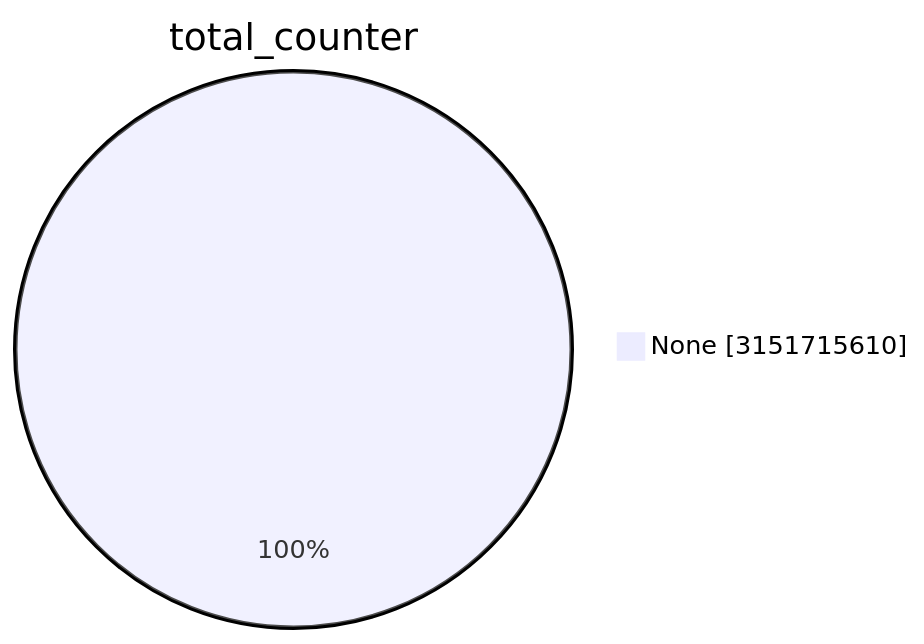
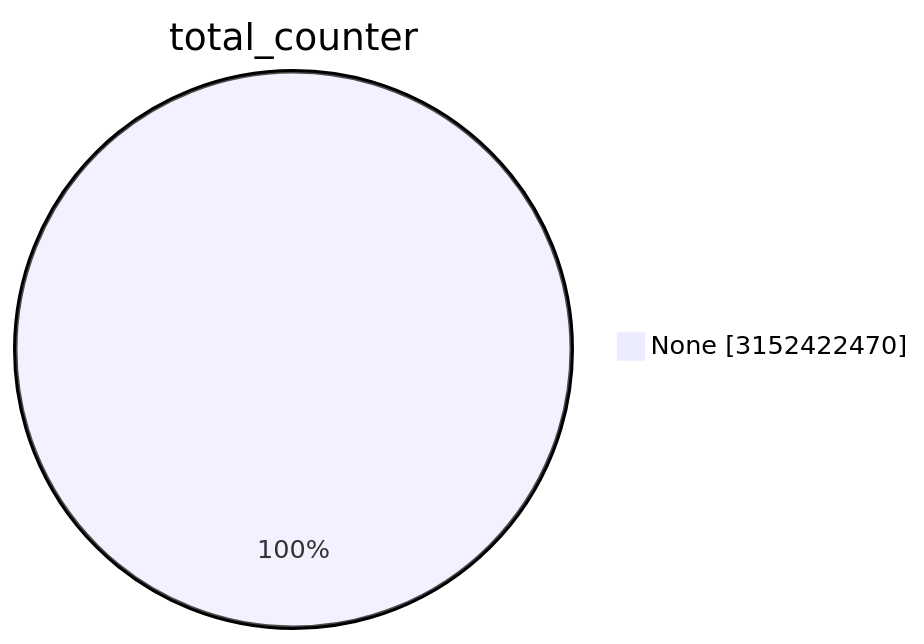
The first of 15 diagrams in TOTAL/README.md (christiankrug/ctmonitor_visualization), drawn with Mermaid before and after one commit. The commit also changed other lines of this file, not shown here.

````diff
--- a/TOTAL/README.md
+++ b/TOTAL/README.md
@@ -1,5 +1,5 @@
 ```mermaid
 pie showData
 title total_counter
-"None" :3151715610
+"None" :3152422470
 ```
````
